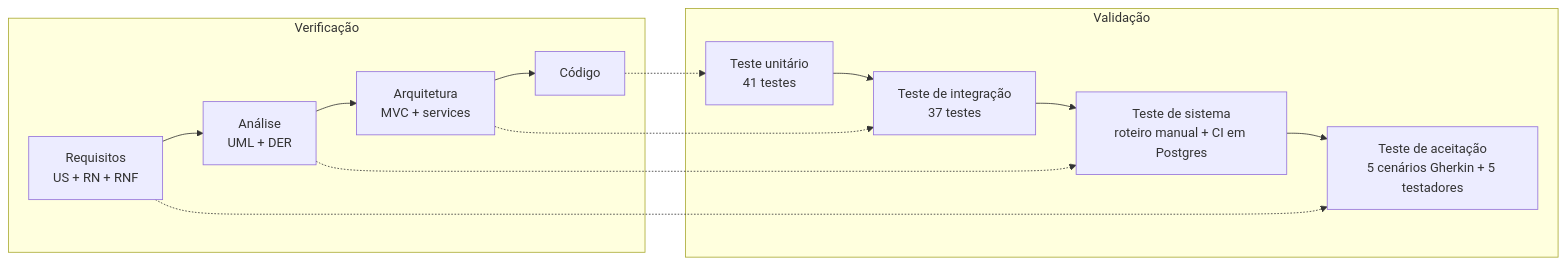
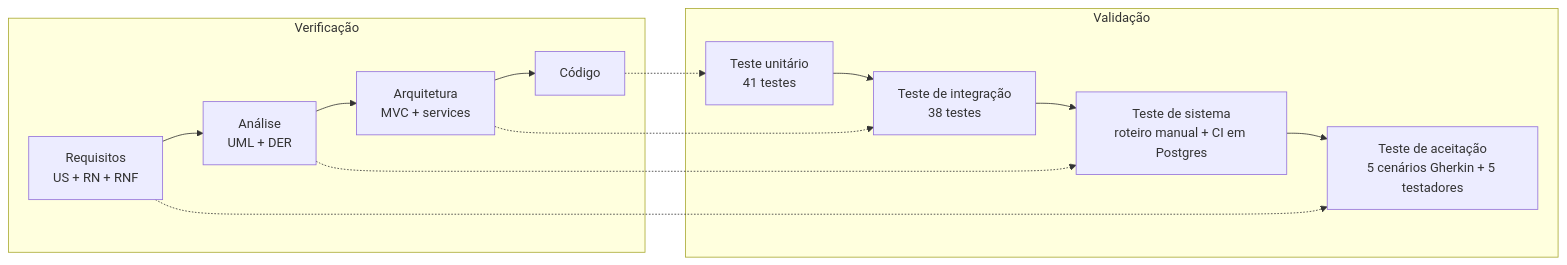
One commit to ModestiJ/cupcake-gourmet changed the diagram in docs/situacao-3/01-plano-e-relatorio-de-testes.md. Above: the diagram before and after it, drawn with Mermaid. The commit also changed other lines of this file and 6 other files, not shown here.

````diff
--- a/docs/situacao-3/01-plano-e-relatorio-de-testes.md
+++ b/docs/situacao-3/01-plano-e-relatorio-de-testes.md
@@ -5,13 +5,13 @@
 ```mermaid
 flowchart LR
     subgraph Verificação
     R[Requisitos<br/>US + RN + RNF] --> A[Análise<br/>UML + DER] --> AR[Arquitetura<br/>MVC + services] --> C[Código]
     end
     subgraph Validação
-    TU[Teste unitário<br/>41 testes] --> TI[Teste de integração<br/>37 testes] --> TS[Teste de sistema<br/>roteiro manual + CI em Postgres] --> TA[Teste de aceitação<br/>5 cenários Gherkin + 5 testadores]
+    TU[Teste unitário<br/>41 testes] --> TI[Teste de integração<br/>38 testes] --> TS[Teste de sistema<br/>roteiro manual + CI em Postgres] --> TA[Teste de aceitação<br/>5 cenários Gherkin + 5 testadores]
     end
     C -.-> TU
     AR -.-> TI
     A -.-> TS
     R -.-> TA
 ```
````
